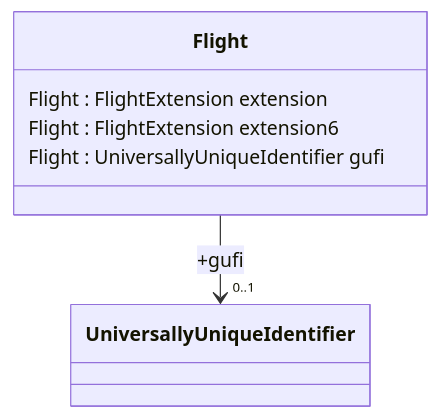
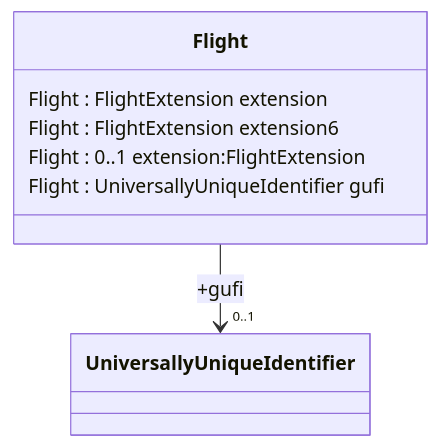
One commit to du-lapin/test_docsify changed the second of 4 diagrams in docs/fixm/FIXM_UML_in_mermaid.md. Above: the diagram before and after it, drawn with Mermaid.

````diff
--- a/docs/fixm/FIXM_UML_in_mermaid.md
+++ b/docs/fixm/FIXM_UML_in_mermaid.md
@@ -24,9 +24,10 @@
 ```mermaid
 classDiagram
 class Flight{
 Flight : FlightExtension extension
 Flight : FlightExtension extension6
+Flight : 0..1 extension:FlightExtension
 Flight : UniversallyUniqueIdentifier gufi
 }
 Flight --> "0..1"  UniversallyUniqueIdentifier : +gufi
 ```
````
